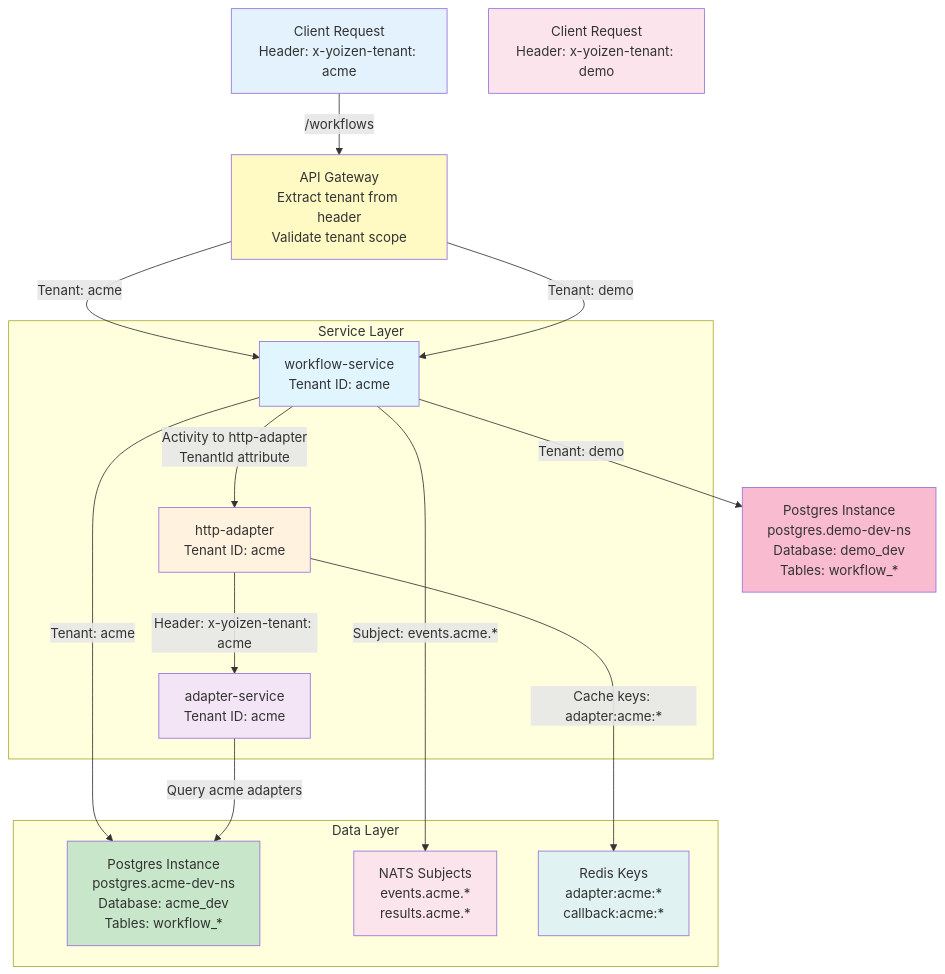
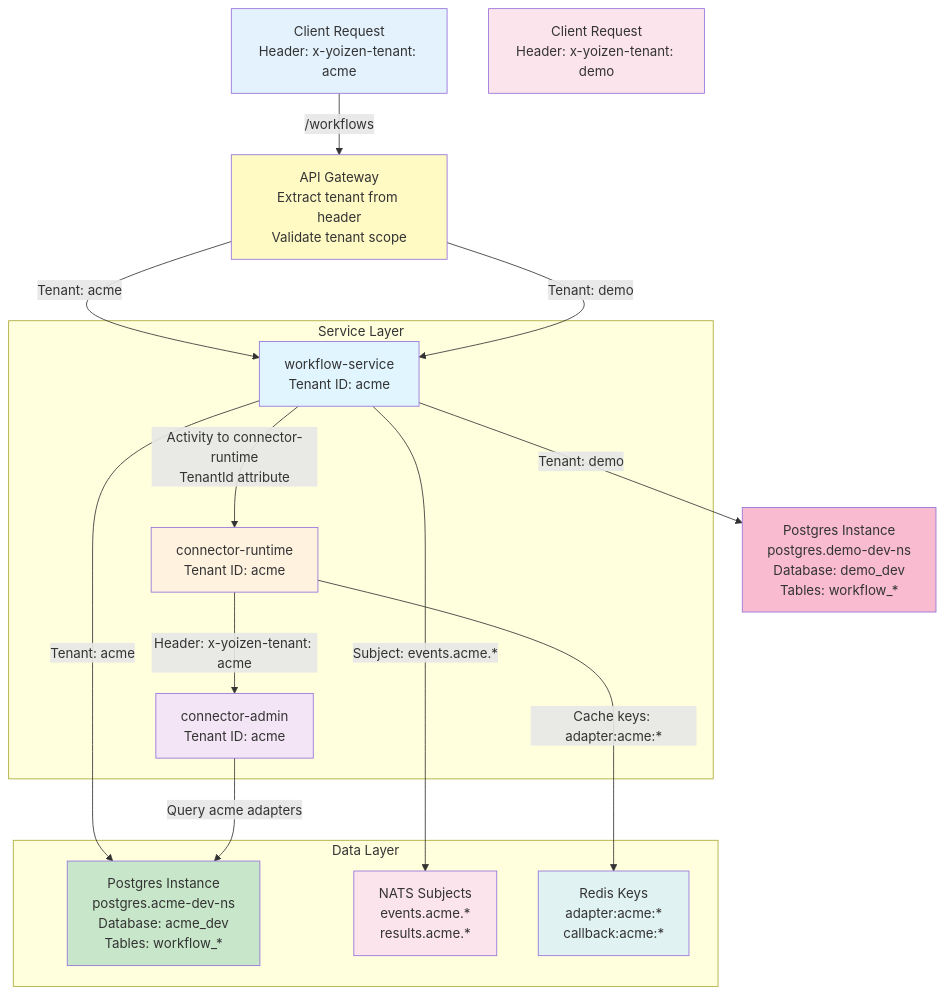
The fourth of 8 diagrams in DOCS/11-SERVICE-ARCHITECTURE-DIAGRAM.md (ccarnero/colloqui), drawn with Mermaid before and after one commit. The commit also changed other lines of this file and 418 other files, not shown here.

First line of the commit message:
Merged PR 3855: Remove services. Rename http-adapter/adapter-service. Update docs

````diff
--- a/DOCS/11-SERVICE-ARCHITECTURE-DIAGRAM.md
+++ b/DOCS/11-SERVICE-ARCHITECTURE-DIAGRAM.md
@@ -208,44 +208,44 @@
 ```mermaid
 graph TB
     CLIENT["Client Request<br/>Header: x-yoizen-tenant: acme"]
     
     GATEWAY["API Gateway<br/>Extract tenant from header<br/>Validate tenant scope"]
     
     subgraph "Service Layer"
         WF["workflow-service<br/>Tenant ID: acme"]
-        HA["http-adapter<br/>Tenant ID: acme"]
-        ADA["adapter-service<br/>Tenant ID: acme"]
+        HA["connector-runtime<br/>Tenant ID: acme"]
+        ADA["connector-admin<br/>Tenant ID: acme"]
     end
     
     subgraph "Data Layer"
         PG_ACME["Postgres Instance<br/>postgres.acme-dev-ns<br/>Database: acme_dev<br/>Tables: workflow_*"]
         NATS_ACME["NATS Subjects<br/>events.acme.*<br/>results.acme.*"]
         REDIS_ACME["Redis Keys<br/>adapter:acme:*<br/>callback:acme:*"]
     end
     
     CLIENT -->|/workflows| GATEWAY
     GATEWAY -->|Tenant: acme| WF
     WF -->|Tenant: acme| PG_ACME
     WF -->|Subject: events.acme.*| NATS_ACME
-    WF -->|Activity to http-adapter<br/>TenantId attribute| HA
+    WF -->|Activity to connector-runtime<br/>TenantId attribute| HA
     
     HA -->|Header: x-yoizen-tenant: acme| ADA
     ADA -->|Query acme adapters| PG_ACME
     
     HA -->|Cache keys: adapter:acme:*| REDIS_ACME
     
     CLIENT2["Client Request<br/>Header: x-yoizen-tenant: demo"]
     GATEWAY -->|Tenant: demo| WF
     WF -->|Tenant: demo| PG_DEMO["Postgres Instance<br/>postgres.demo-dev-ns<br/>Database: demo_dev<br/>Tables: workflow_*"]
     
     style CLIENT fill:#e3f2fd
     style CLIENT2 fill:#fce4ec
     style GATEWAY fill:#fff9c4
     style WF fill:#e1f5ff
     style HA fill:#fff3e0
     style ADA fill:#f3e5f5
     style PG_ACME fill:#c8e6c9
     style PG_DEMO fill:#f8bbd0
     style NATS_ACME fill:#fce4ec
     style REDIS_ACME fill:#e0f2f1
 ```
````
